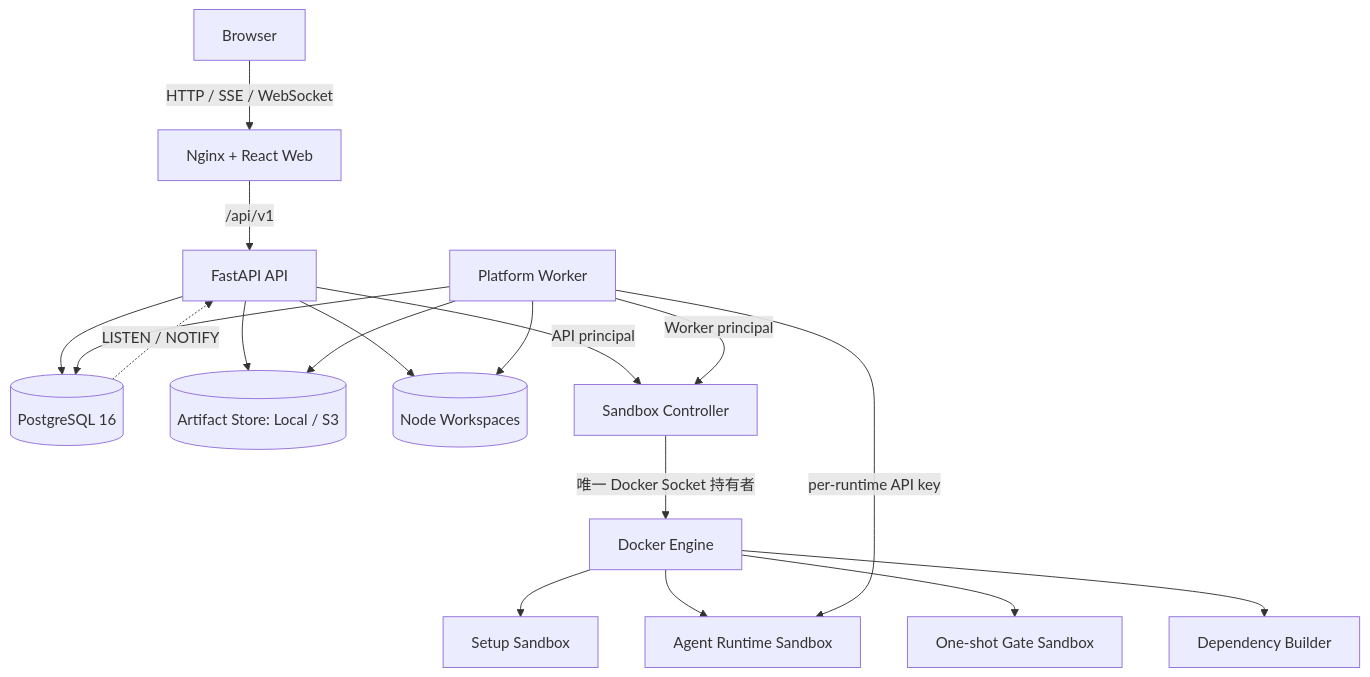
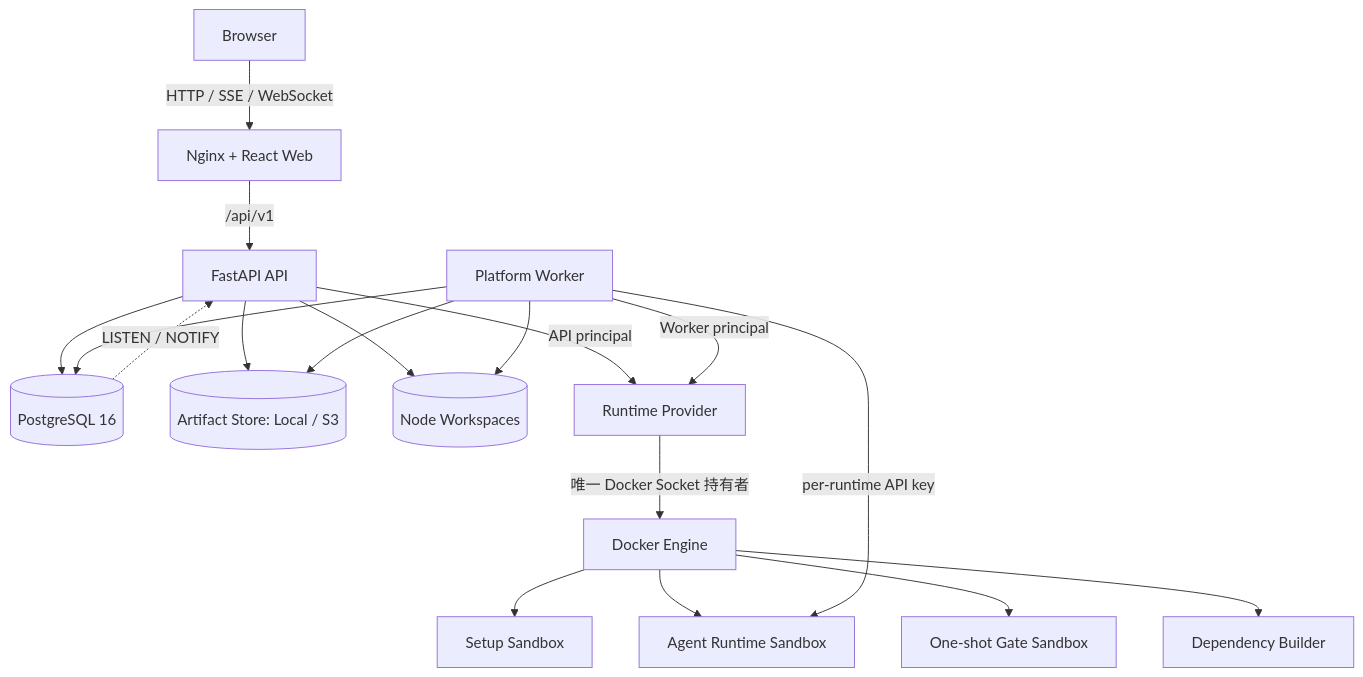
The fourth of 10 diagrams in docs/system-design.md (ZME7777777/FlowWeave), drawn with Mermaid before and after one commit. The commit also changed other lines of this file and 24 other files, not shown here.

Commit message:
feat(runtime): complete FR-03 runtime provider ownership

````diff
--- a/docs/system-design.md
+++ b/docs/system-design.md
@@ -159,20 +159,20 @@
 ```mermaid
 flowchart TB
   Browser["Browser"] -->|HTTP / SSE / WebSocket| Web["Nginx + React Web"]
   Web -->|/api/v1| API["FastAPI API"]
   API --> PG[("PostgreSQL 16")]
   Worker["Platform Worker"] --> PG
   API --> Artifacts[("Artifact Store: Local / S3")]
   Worker --> Artifacts
   API --> Workspace[("Node Workspaces")]
   Worker --> Workspace
-  API -->|API principal| Controller["Sandbox Controller"]
+  API -->|API principal| Controller["Runtime Provider"]
   Worker -->|Worker principal| Controller
   Controller -->|唯一 Docker Socket 持有者| Docker["Docker Engine"]
   Docker --> Setup["Setup Sandbox"]
   Docker --> Runtime["Agent Runtime Sandbox"]
   Docker --> Gate["One-shot Gate Sandbox"]
   Docker --> Builder["Dependency Builder"]
   Worker -->|per-runtime API key| Runtime
   PG -. LISTEN / NOTIFY .-> API
 ```
````
